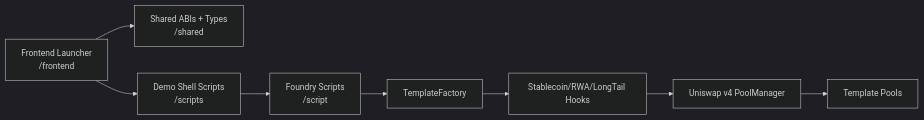
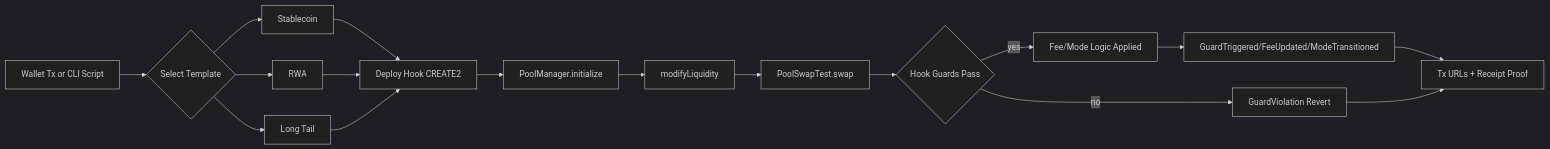
One commit to Najnomics/Hook-Template changed the second of 3 diagrams in README.md. Above: the diagram before and after it, drawn with Mermaid (dark theme). The commit also changed other lines of this file and 57 other files, not shown here.

````diff
--- a/README.md
+++ b/README.md
@@ -26,10 +129,23 @@
 ```mermaid
 flowchart LR
-  FE[Frontend Launcher\n/frontend] --> SH[Shared ABIs + Types\n/shared]
-  FE --> SCRIPTS[Demo Shell Scripts\n/scripts]
-  SCRIPTS --> FOUNDRY[Foundry Scripts\n/script]
-  FOUNDRY --> FACTORY[TemplateFactory]
-  FACTORY --> HOOKS[Stablecoin/RWA/LongTail Hooks]
-  HOOKS --> PM[Uniswap v4 PoolManager]
-  PM --> POOLS[Template Pools]
+  Start[Wallet Tx or CLI Script] --> SelectTemplate{Select Template}
+  SelectTemplate --> StablePath[Stablecoin]
+  SelectTemplate --> RwaPath[RWA]
+  SelectTemplate --> LongPath[Long Tail]
+
+  StablePath --> DeployHook[Deploy Hook CREATE2]
+  RwaPath --> DeployHook
+  LongPath --> DeployHook
+
+  DeployHook --> InitPool[PoolManager.initialize]
+  InitPool --> SeedLiquidity[modifyLiquidity]
+  SeedLiquidity --> SwapTx[PoolSwapTest.swap]
+
+  SwapTx --> GuardCheck{Hook Guards Pass}
+  GuardCheck -- yes --> ApplyPolicy[Fee/Mode Logic Applied]
+  GuardCheck -- no --> RevertPath[GuardViolation Revert]
+
+  ApplyPolicy --> EmitEvents[GuardTriggered/FeeUpdated/ModeTransitioned]
+  EmitEvents --> Proof[Tx URLs + Receipt Proof]
+  RevertPath --> Proof
 ```
````
